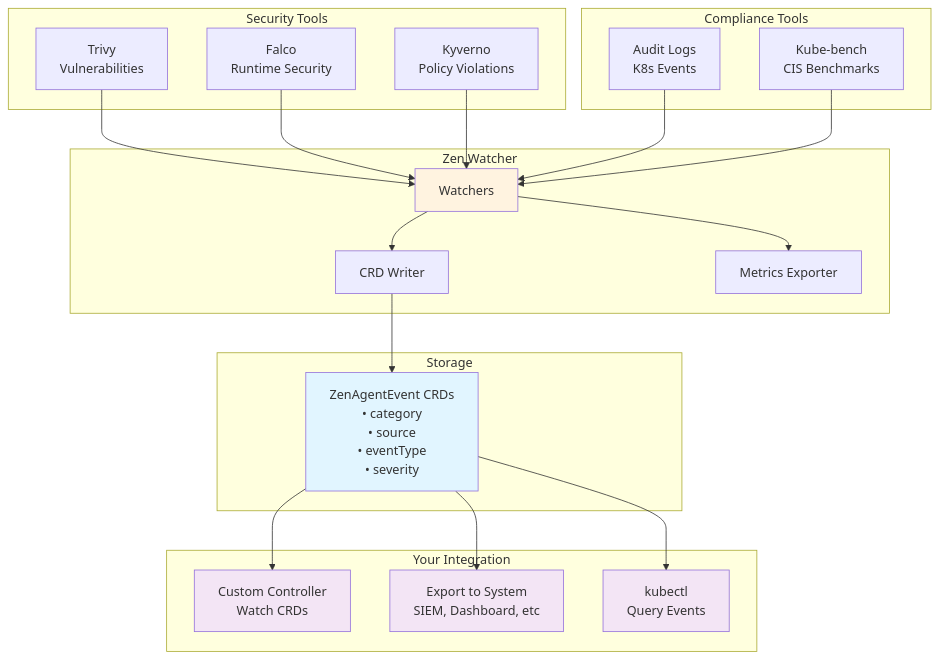
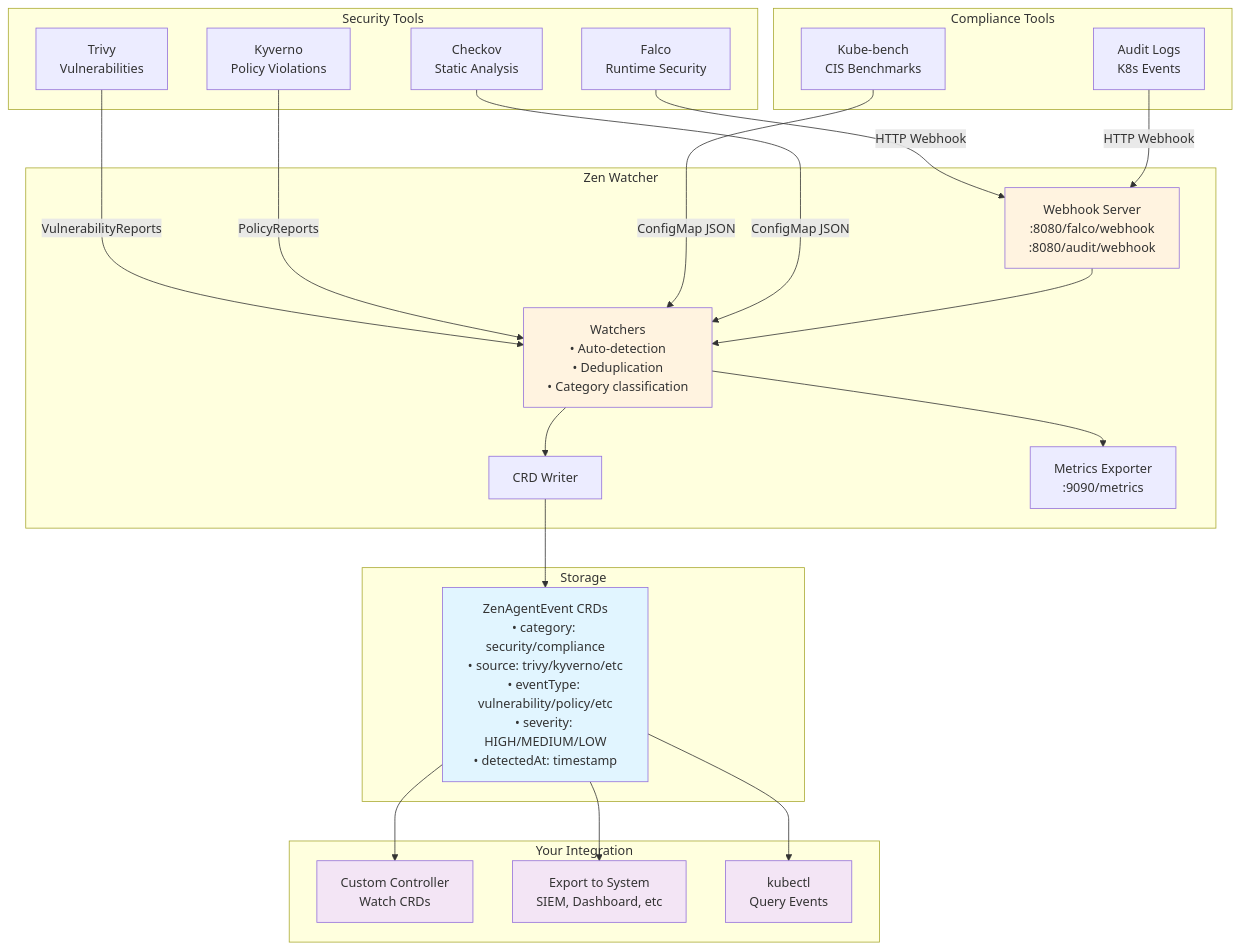
The diagram in README.md (kube-zen/zen-watcher), drawn with Mermaid before and after one commit. The commit also changed other lines of this file and 1 other file, not shown here.

Commit message:
docs: Fix Go version to 1.22 (not 1.24)
- Updated all references to Go 1.22+ consistently
- Badge, footer, and inline references corrected

````diff
--- a/README.md
+++ b/README.md
@@ -45,47 +46,52 @@
 ```mermaid
 graph TB
     subgraph "Security Tools"
         A[Trivy<br/>Vulnerabilities]
         B[Falco<br/>Runtime Security]
         C[Kyverno<br/>Policy Violations]
+        F1[Checkov<br/>Static Analysis]
     end
     
     subgraph "Compliance Tools"
         D[Audit Logs<br/>K8s Events]
         E[Kube-bench<br/>CIS Benchmarks]
     end
     
     subgraph "Zen Watcher"
-        F[Watchers]
+        F[Watchers<br/>• Auto-detection<br/>• Deduplication<br/>• Category classification]
         G[CRD Writer]
-        H[Metrics Exporter]
+        H[Metrics Exporter<br/>:9090/metrics]
+        W[Webhook Server<br/>:8080/falco/webhook<br/>:8080/audit/webhook]
     end
     
     subgraph "Storage"
-        I[ZenAgentEvent CRDs<br/>• category<br/>• source<br/>• eventType<br/>• severity]
+        I[ZenAgentEvent CRDs<br/>• category: security/compliance<br/>• source: trivy/kyverno/etc<br/>• eventType: vulnerability/policy/etc<br/>• severity: HIGH/MEDIUM/LOW<br/>• detectedAt: timestamp]
     end
     
     subgraph "Your Integration"
         J[Custom Controller<br/>Watch CRDs]
         K[Export to System<br/>SIEM, Dashboard, etc]
         L[kubectl<br/>Query Events]
     end
     
-    A --> F
-    B --> F
-    C --> F
-    D --> F
-    E --> F
+    A -->|VulnerabilityReports| F
+    B -->|HTTP Webhook| W
+    C -->|PolicyReports| F
+    D -->|HTTP Webhook| W
+    E -->|ConfigMap JSON| F
+    F1 -->|ConfigMap JSON| F
+    W --> F
     F --> G
     G --> I
     F --> H
     I --> J
     I --> K
     I --> L
     
     style I fill:#e1f5ff
     style F fill:#fff3e0
+    style W fill:#fff3e0
     style J fill:#f3e5f5
     style K fill:#f3e5f5
     style L fill:#f3e5f5
 ```
````
